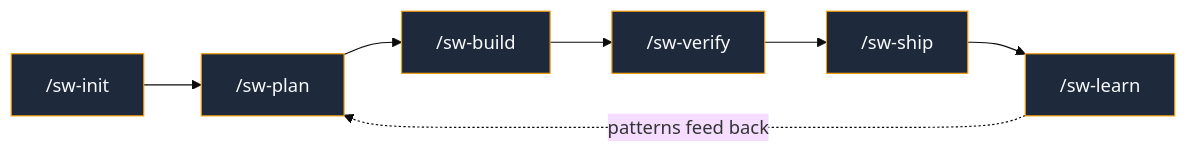
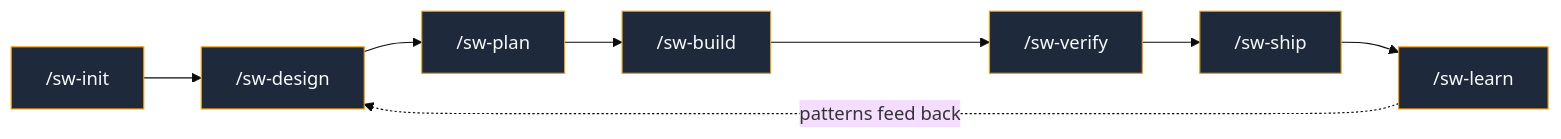
One commit to Obsidian-Owl/specwright changed the diagram in README.md. Above: the diagram before and after it, drawn with Mermaid (base theme). The commit also changed other lines of this file and 1 other file, not shown here.

Commit message:
docs: update README and CHANGELOG for design/plan split
README: mermaid diagram, phase table, quick start, skills table,
and architecture counts updated for sw-design.
CHANGELOG: v0.5.0 entry for the design/plan split feature.

````diff
--- a/README.md
+++ b/README.md
@@ -55,16 +55,18 @@
 ```mermaid
 graph LR
-    A["/sw-init"] --> B["/sw-plan"]
-    B --> C["/sw-build"]
-    C --> D["/sw-verify"]
-    D --> E["/sw-ship"]
-    E --> F["/sw-learn"]
-    F -.->|patterns feed back| B
+    A["/sw-init"] --> B["/sw-design"]
+    B --> C["/sw-plan"]
+    C --> D["/sw-build"]
+    D --> E["/sw-verify"]
+    E --> F["/sw-ship"]
+    F --> G["/sw-learn"]
+    G -.->|patterns feed back| B
 
     style A fill:#1e293b,stroke:#f59e0b,color:#f8fafc
     style B fill:#1e293b,stroke:#f59e0b,color:#f8fafc
     style C fill:#1e293b,stroke:#f59e0b,color:#f8fafc
     style D fill:#1e293b,stroke:#f59e0b,color:#f8fafc
     style E fill:#1e293b,stroke:#f59e0b,color:#f8fafc
     style F fill:#1e293b,stroke:#f59e0b,color:#f8fafc
+    style G fill:#1e293b,stroke:#f59e0b,color:#f8fafc
 ```
````
